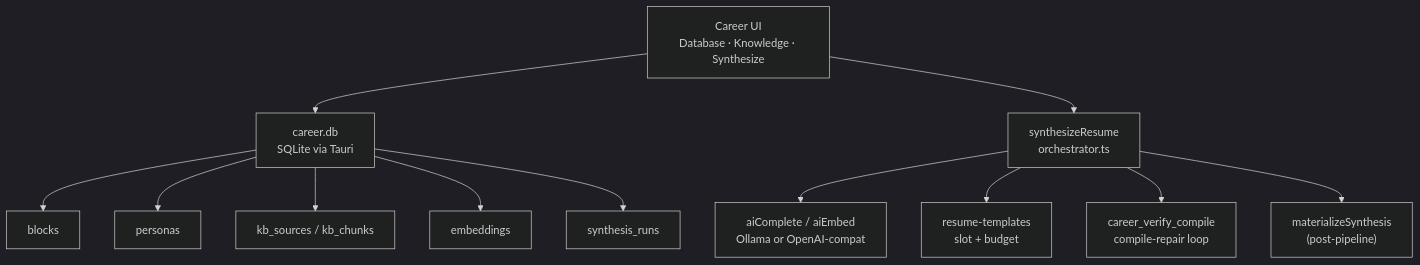
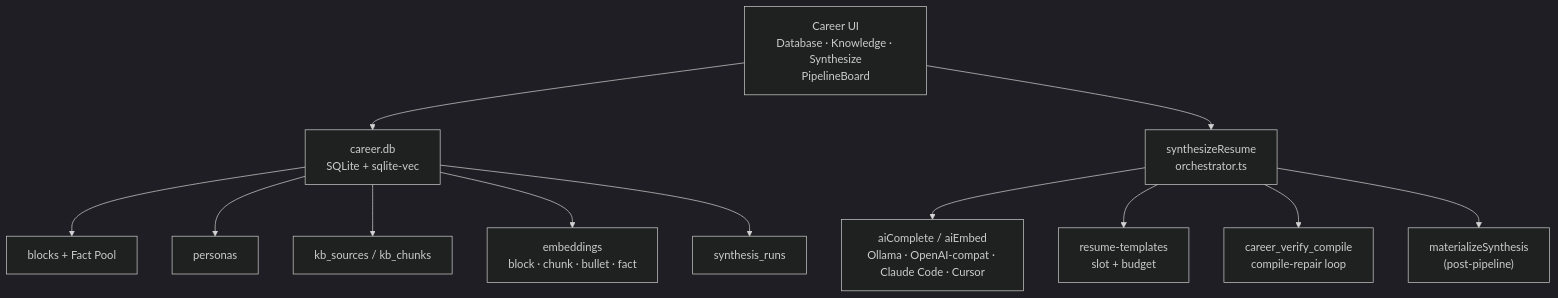
One commit to bharathvbcr/DevPrism changed the first of 2 diagrams in docs/RESUME_SYNTHESIS.md. Above: the diagram before and after it, drawn with Mermaid (dark theme). The commit also changed other lines of this file and 125 other files, not shown here.

````diff
--- a/docs/RESUME_SYNTHESIS.md
+++ b/docs/RESUME_SYNTHESIS.md
@@ -18,14 +19,14 @@
 ```mermaid
 flowchart TD
-  UI["Career UI\nDatabase · Knowledge · Synthesize"] --> DB["career.db\nSQLite via Tauri"]
+  UI["Career UI\nDatabase · Knowledge · Synthesize\nPipelineBoard"] --> DB["career.db\nSQLite + sqlite-vec"]
   UI --> Syn["synthesizeResume\norchestrator.ts"]
-  Syn --> LLM["aiComplete / aiEmbed\nOllama or OpenAI-compat"]
+  Syn --> LLM["aiComplete / aiEmbed\nOllama · OpenAI-compat · Claude Code · Cursor"]
   Syn --> Tpl["resume-templates\nslot + budget"]
   Syn --> Comp["career_verify_compile\ncompile-repair loop"]
-  DB --> Blocks[blocks]
+  DB --> Blocks["blocks + Fact Pool"]
   DB --> Personas[personas]
   DB --> KB[kb_sources / kb_chunks]
-  DB --> Emb[embeddings]
+  DB --> Emb["embeddings\nblock · chunk · bullet · fact"]
   DB --> Runs[synthesis_runs]
   Syn --> Mat["materializeSynthesis\n(post-pipeline)"]
 ```
````
